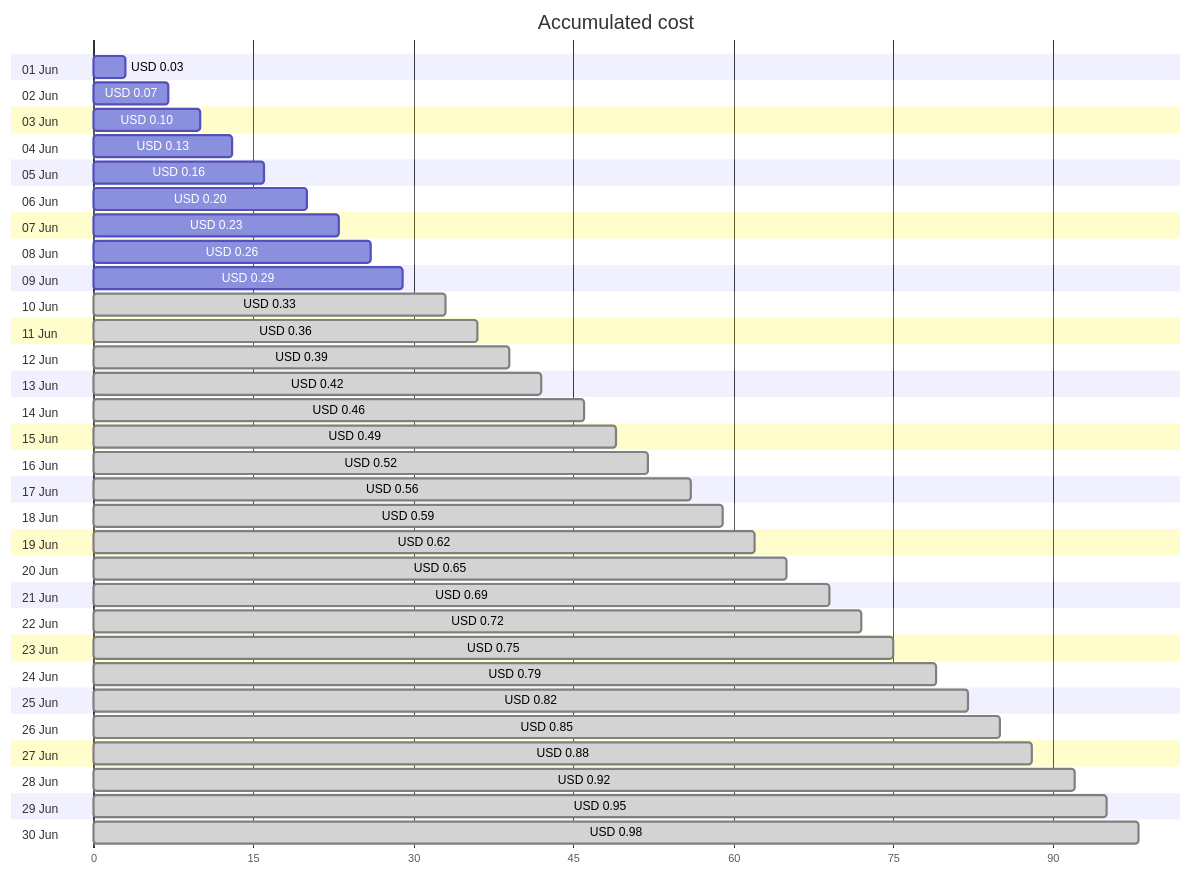
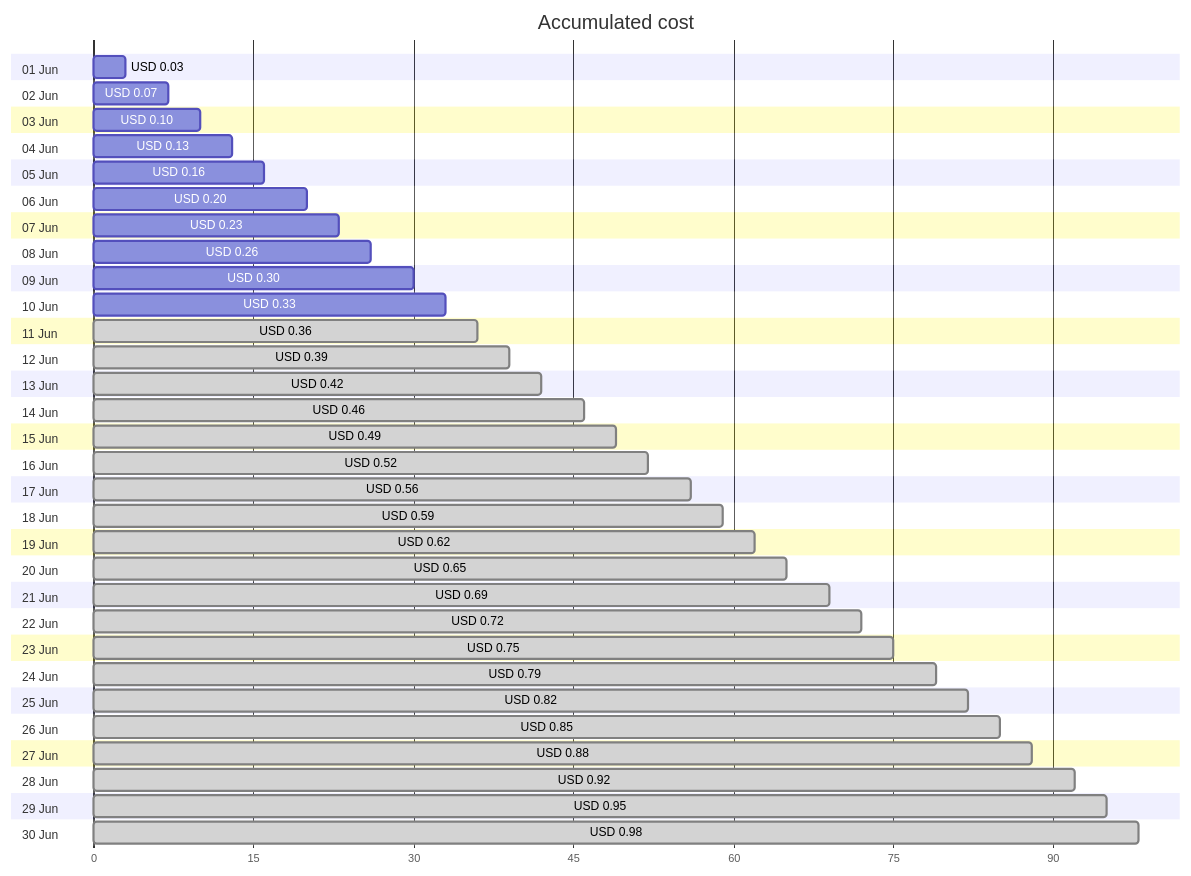
One commit to jpfulton/azure-personal-reports changed the first of 4 diagrams in cost-reports/personal-dns/README.md. Above: the diagram before and after it, drawn with Mermaid. The commit also changed other lines of this file and 2 other files, not shown here.

````diff
--- a/cost-reports/personal-dns/README.md
+++ b/cost-reports/personal-dns/README.md
@@ -20,66 +20,66 @@
 ```mermaid
 gantt
    title Accumulated cost
    dateFormat  X
    axisFormat %s
    section 01 Jun
    USD 0.03 :0, 3
    section 02 Jun
    USD 0.07 :0, 7
    section 03 Jun
    USD 0.10 :0, 10
    section 04 Jun
    USD 0.13 :0, 13
    section 05 Jun
    USD 0.16 :0, 16
    section 06 Jun
    USD 0.20 :0, 20
    section 07 Jun
    USD 0.23 :0, 23
    section 08 Jun
    USD 0.26 :0, 26
    section 09 Jun
-   USD 0.29 :0, 29
+   USD 0.30 :0, 30
    section 10 Jun
-   USD 0.33 : done, 0, 33
+   USD 0.33 :0, 33
    section 11 Jun
    USD 0.36 : done, 0, 36
    section 12 Jun
    USD 0.39 : done, 0, 39
    section 13 Jun
    USD 0.42 : done, 0, 42
    section 14 Jun
    USD 0.46 : done, 0, 46
    section 15 Jun
    USD 0.49 : done, 0, 49
    section 16 Jun
    USD 0.52 : done, 0, 52
    section 17 Jun
    USD 0.56 : done, 0, 56
    section 18 Jun
    USD 0.59 : done, 0, 59
    section 19 Jun
    USD 0.62 : done, 0, 62
    section 20 Jun
    USD 0.65 : done, 0, 65
    section 21 Jun
    USD 0.69 : done, 0, 69
    section 22 Jun
    USD 0.72 : done, 0, 72
    section 23 Jun
    USD 0.75 : done, 0, 75
    section 24 Jun
    USD 0.79 : done, 0, 79
    section 25 Jun
    USD 0.82 : done, 0, 82
    section 26 Jun
    USD 0.85 : done, 0, 85
    section 27 Jun
    USD 0.88 : done, 0, 88
    section 28 Jun
    USD 0.92 : done, 0, 92
    section 29 Jun
    USD 0.95 : done, 0, 95
    section 30 Jun
    USD 0.98 : done, 0, 98
 ```
````
